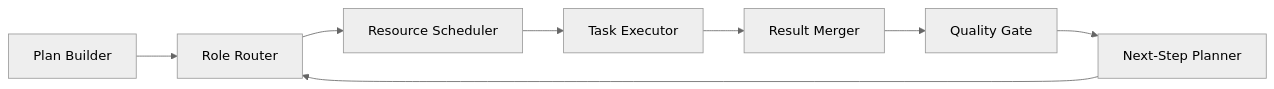
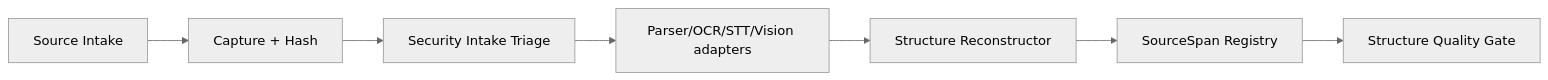
Before and after one commit to VictorKVS/Vibe-coding: the third of 10 diagrams in DZ_17/C4_ARCHITECTURE.md, drawn with Mermaid (neutral theme). The commit also changed other lines of this file, not shown here.

Commit message:
design(dz17): align C4 with Knowledge Factory data and security model

````diff
--- a/DZ_17/C4_ARCHITECTURE.md
+++ b/DZ_17/C4_ARCHITECTURE.md
@@ -166,10 +189,9 @@
 ```mermaid
 flowchart LR
-    PLAN[Plan Builder] --> ROUTE[Role Router]
-    ROUTE --> RES[Resource Scheduler]
-    RES --> EXEC[Task Executor]
-    EXEC --> MERGE[Result Merger]
-    MERGE --> QC[Quality Gate]
-    QC --> NEXT[Next-Step Planner]
-    NEXT --> ROUTE
+    IN[Source Intake] --> HASH[Capture + Hash]
+    HASH --> TRIAGE[Security Intake Triage]
+    TRIAGE --> PARSE[Parser/OCR/STT/Vision adapters]
+    PARSE --> STR[Structure Reconstructor]
+    STR --> SPAN[SourceSpan Registry]
+    SPAN --> QC[Structure Quality Gate]
 ```
````
